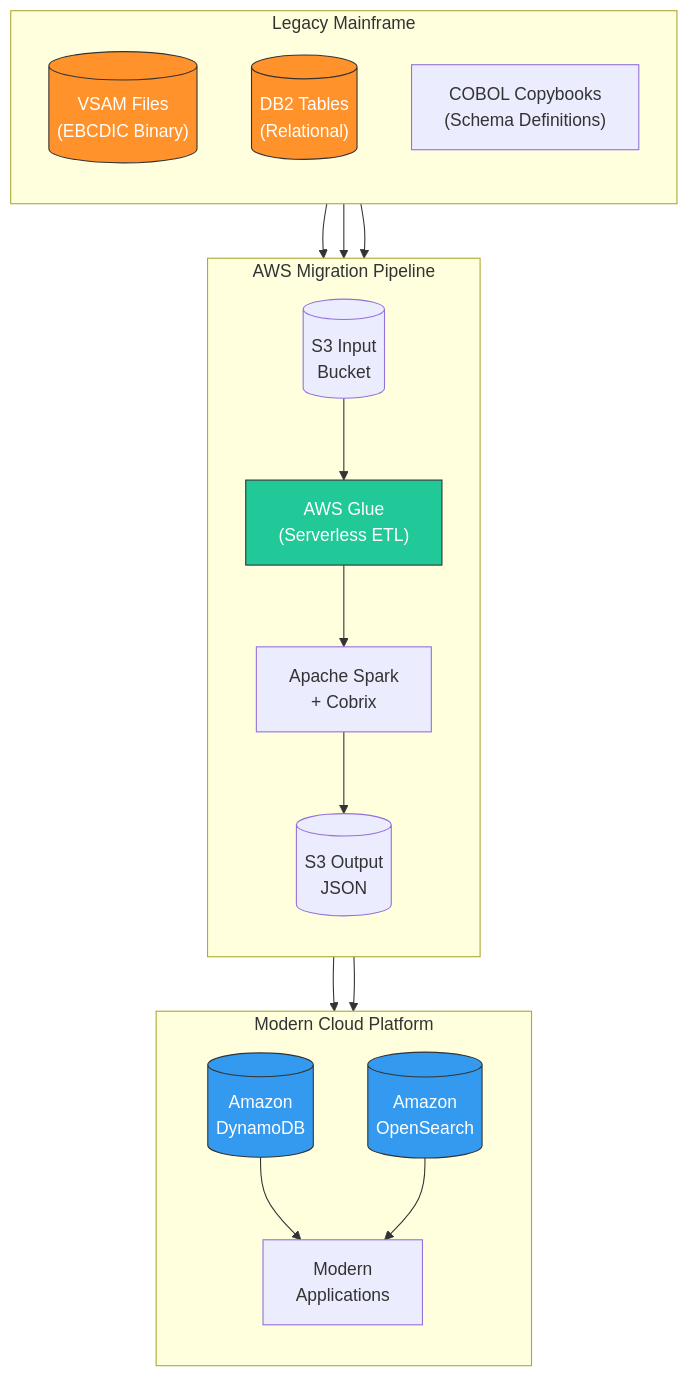
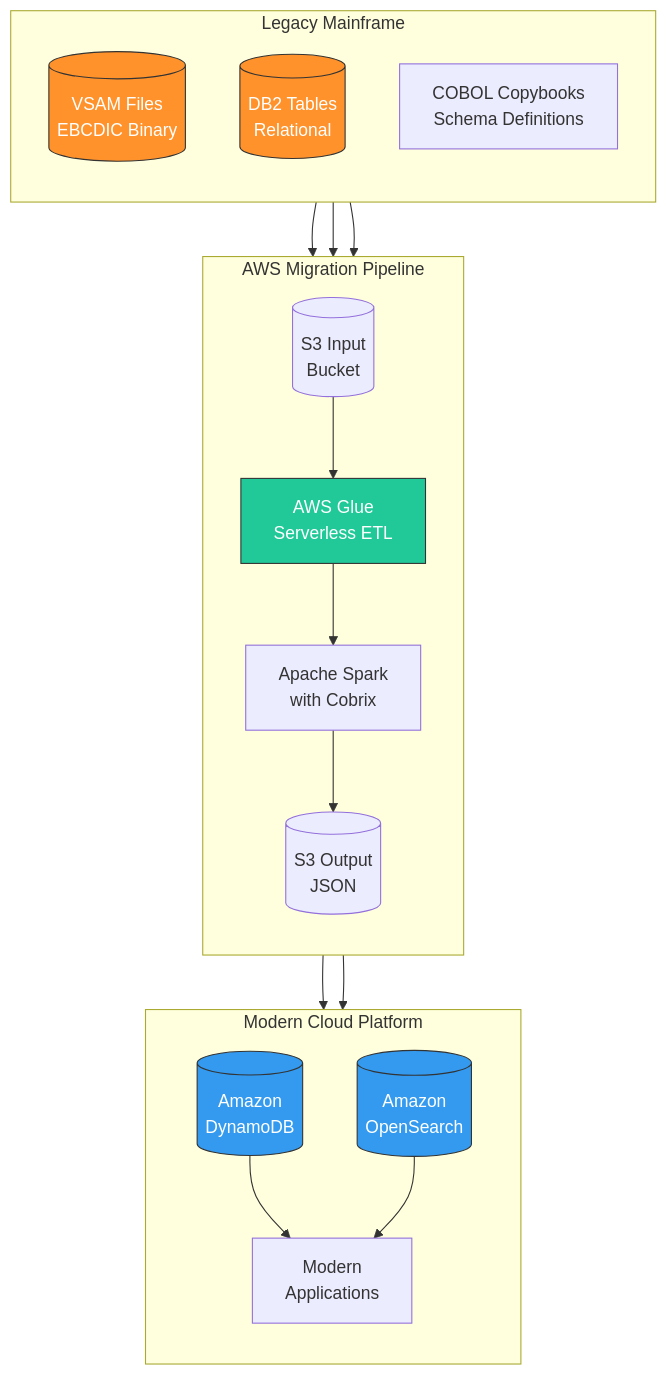
One commit to maddinenisri/mainframe-data-migration changed the second of 12 diagrams in docs/executive-presentation.md. Above: the diagram before and after it, drawn with Mermaid. The commit also changed other lines of this file and 1 other file, not shown here.

````diff
--- a/docs/executive-presentation.md
+++ b/docs/executive-presentation.md
@@ -85,41 +85,41 @@
 ```mermaid
 flowchart TB
     subgraph Mainframe["Legacy Mainframe"]
         direction TB
-        VSAM[("VSAM Files<br/>(EBCDIC Binary)")]
-        DB2[("DB2 Tables<br/>(Relational)")]
-        CPY["COBOL Copybooks<br/>(Schema Definitions)"]
+        VSAM[("VSAM Files<br/>EBCDIC Binary")]
+        DB2[("DB2 Tables<br/>Relational")]
+        CPY["COBOL Copybooks<br/>Schema Definitions"]
     end
 
     subgraph Pipeline["AWS Migration Pipeline"]
         direction TB
         S3IN[("S3 Input<br/>Bucket")]
-        GLUE["AWS Glue<br/>(Serverless ETL)"]
-        SPARK["Apache Spark<br/>+ Cobrix"]
+        GLUE["AWS Glue<br/>Serverless ETL"]
+        SPARK["Apache Spark<br/>with Cobrix"]
         S3OUT[("S3 Output<br/>JSON")]
     end
 
     subgraph Target["Modern Cloud Platform"]
         direction TB
         DYNAMO[("Amazon<br/>DynamoDB")]
         ELASTIC[("Amazon<br/>OpenSearch")]
         APPS["Modern<br/>Applications"]
     end
 
     VSAM --> S3IN
     DB2 --> S3IN
     CPY --> GLUE
     S3IN --> GLUE
     GLUE --> SPARK
     SPARK --> S3OUT
     S3OUT --> DYNAMO
     S3OUT --> ELASTIC
     DYNAMO --> APPS
     ELASTIC --> APPS
 
     style VSAM fill:#ff922b,stroke:#333,color:#fff
     style DB2 fill:#ff922b,stroke:#333,color:#fff
     style DYNAMO fill:#339af0,stroke:#333,color:#fff
     style ELASTIC fill:#339af0,stroke:#333,color:#fff
     style GLUE fill:#20c997,stroke:#333,color:#fff
 ```
````
